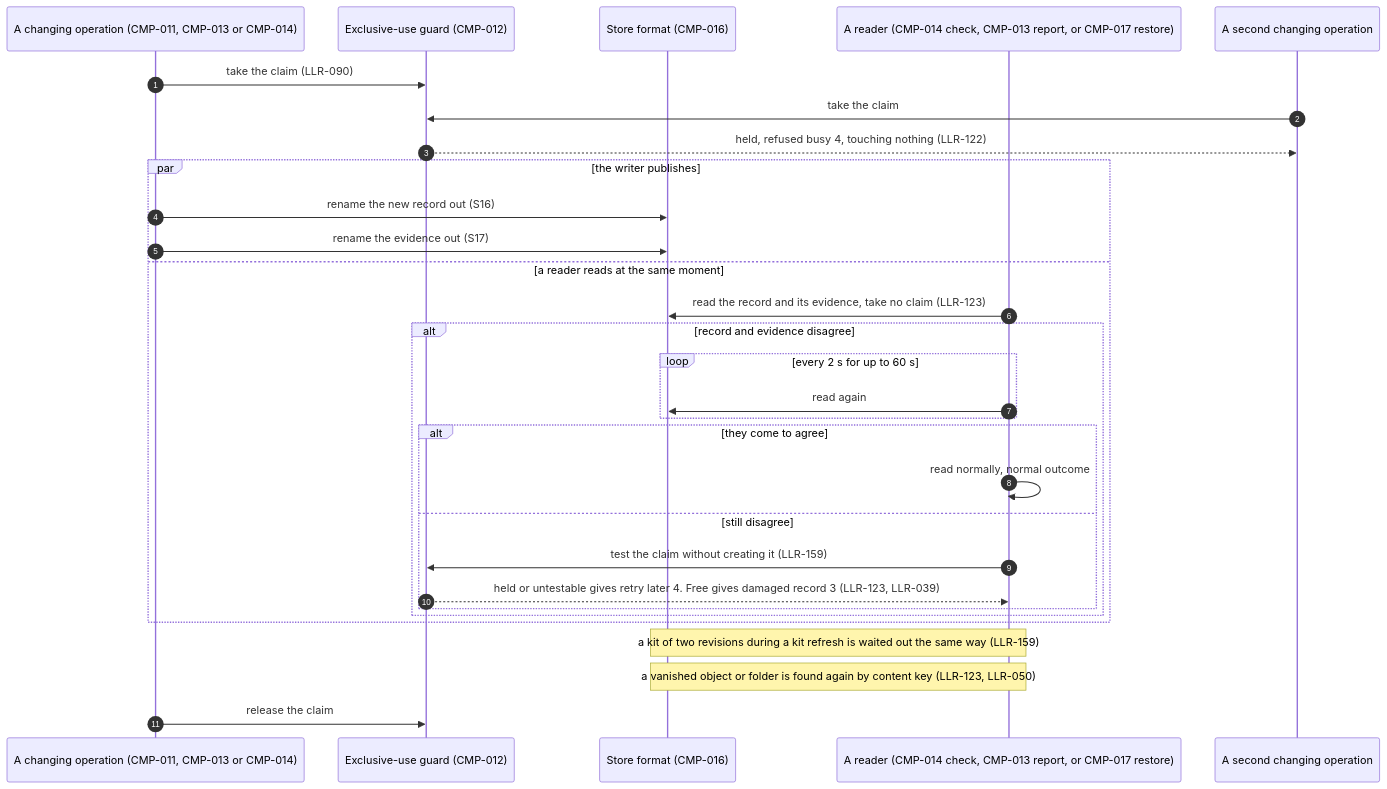
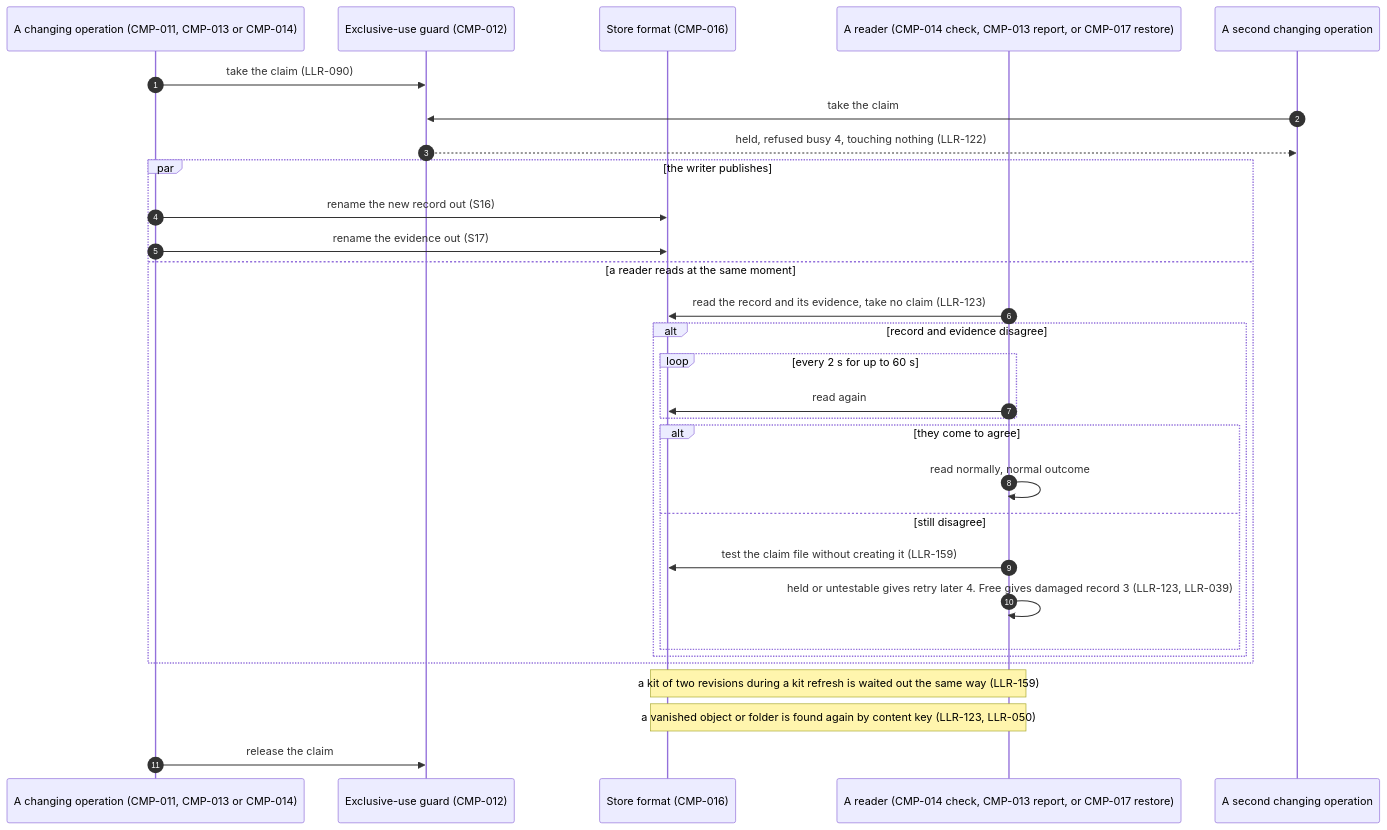
Before and after one commit to diytechy/FileBackup: the third of 9 diagrams in docs/runtime-flows.md, drawn with Mermaid. The commit also changed other lines of this file and 5 other files, not shown here.

````diff
--- a/docs/runtime-flows.md
+++ b/docs/runtime-flows.md
@@ -114,32 +122,32 @@
 ```mermaid
 sequenceDiagram
     autonumber
     participant W as A changing operation (CMP-011, CMP-013 or CMP-014)
     participant Guard as Exclusive-use guard (CMP-012)
     participant Store as Store format (CMP-016)
     participant R as A reader (CMP-014 check, CMP-013 report, or CMP-017 restore)
     participant W2 as A second changing operation
     W->>Guard: take the claim (LLR-090)
     W2->>Guard: take the claim
     Guard-->>W2: held, refused busy 4, touching nothing (LLR-122)
     par the writer publishes
         W->>Store: rename the new record out (S16)
         W->>Store: rename the evidence out (S17)
     and a reader reads at the same moment
         R->>Store: read the record and its evidence, take no claim (LLR-123)
         alt record and evidence disagree
             loop every 2 s for up to 60 s
                 R->>Store: read again
             end
             alt they come to agree
                 R->>R: read normally, normal outcome
             else still disagree
-                R->>Guard: test the claim without creating it (LLR-159)
-                Guard-->>R: held or untestable gives retry later 4. Free gives damaged record 3 (LLR-123, LLR-039)
+                R->>Store: test the claim file without creating it (LLR-159)
+                R->>R: held or untestable gives retry later 4. Free gives damaged record 3 (LLR-123, LLR-039)
             end
         end
     end
     Note over R,Store: a kit of two revisions during a kit refresh is waited out the same way (LLR-159)
     Note over R,Store: a vanished object or folder is found again by content key (LLR-123, LLR-050)
     W->>Guard: release the claim
 ```
````
